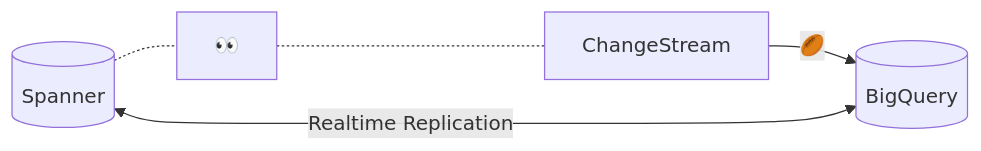
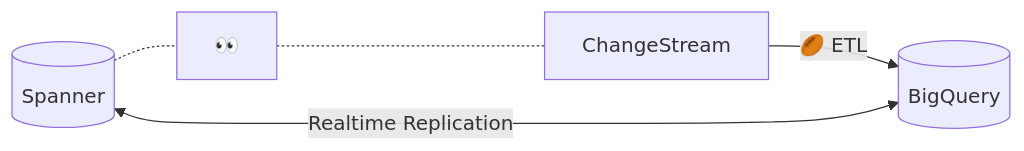
One commit to mogranjm/change-streams-poc changed the first of 3 diagrams in README.md. Above: the diagram before and after it, drawn with Mermaid. The commit also changed other lines of this file, not shown here.

````diff
--- a/README.md
+++ b/README.md
@@ -26,5 +26,5 @@
 ```mermaid
 flowchart LR
-    S[(Spanner)] -.- &#x1F440 -.- CS[ChangeStream] -- &#x1f3c9 --> BQ[(BigQuery)]
+    S[(Spanner)] -.- &#x1F440 -.- CS[ChangeStream] -- &#x1f3c9 ETL --> BQ[(BigQuery)]
     S <-- Realtime Replication --> BQ
 ```
````
